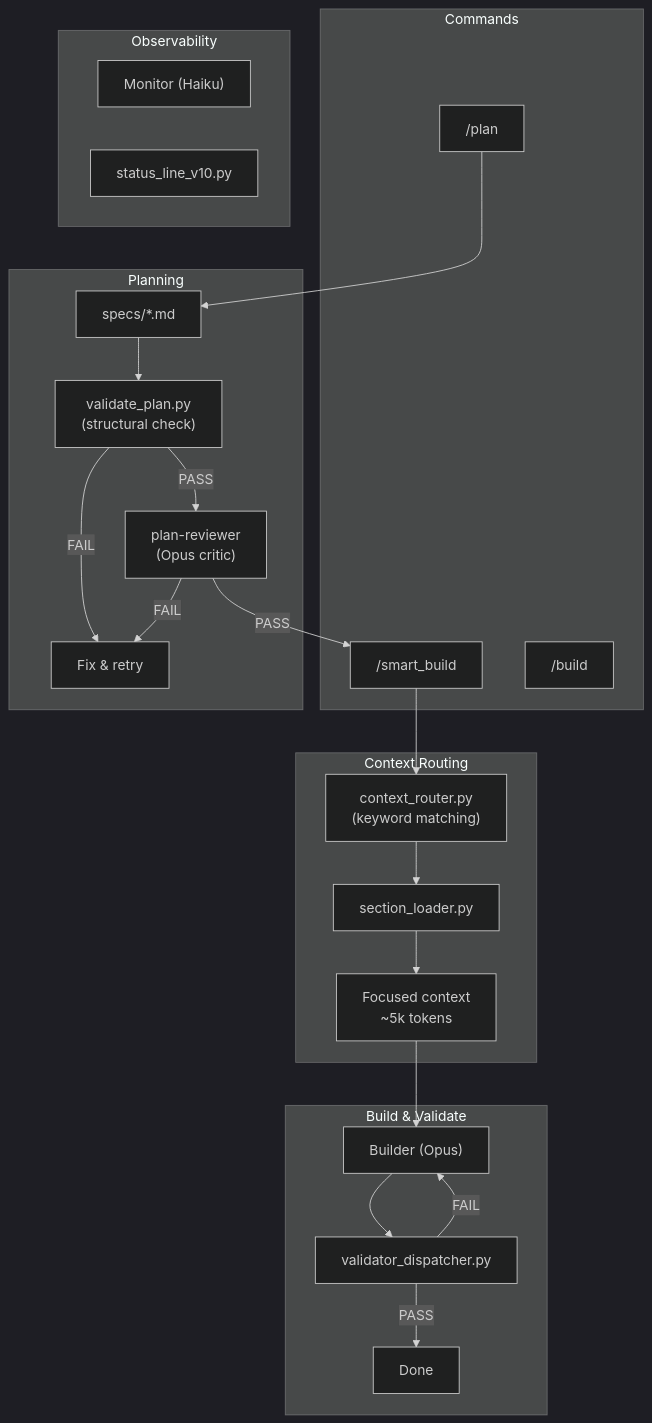
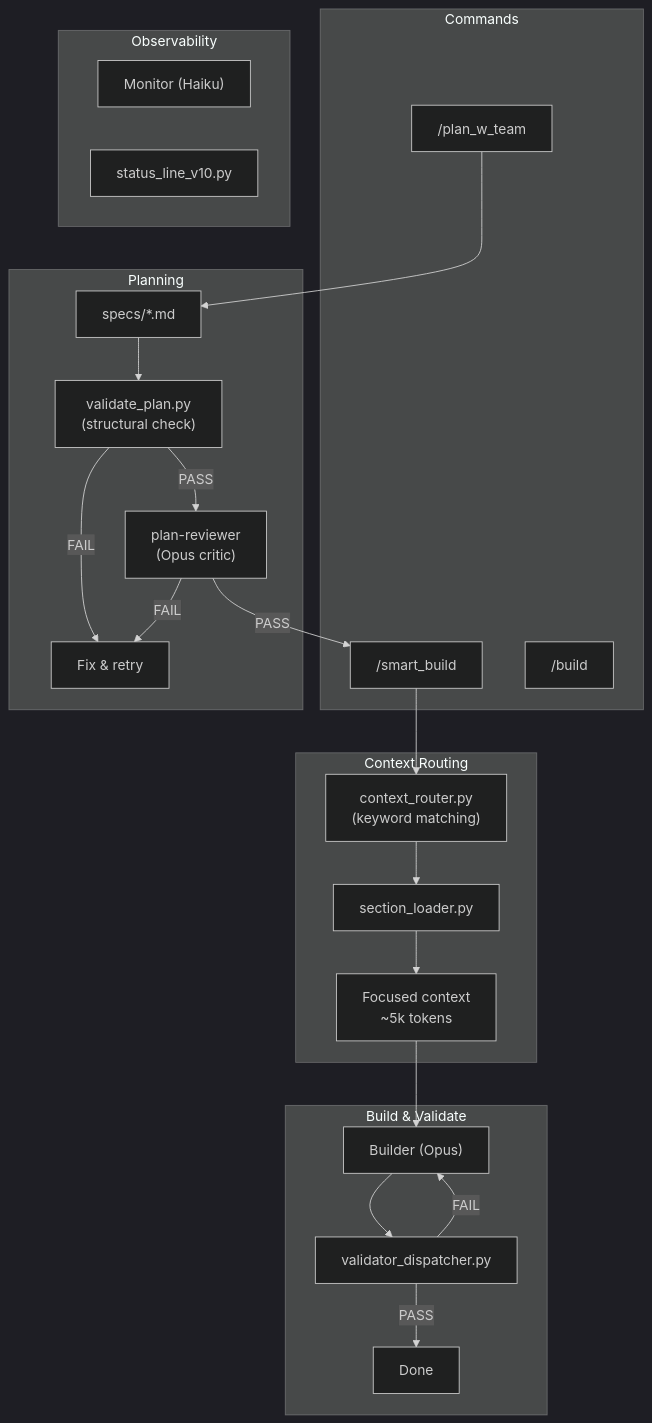
One commit to a-simeshin/claude-code-hooks-mastery changed the first of 2 diagrams in README.md. Above: the diagram before and after it, drawn with Mermaid (dark theme).

Commit message:
fix: Correct /plan to /plan_w_team in architecture diagram

````diff
--- a/README.md
+++ b/README.md
@@ -22,35 +22,35 @@
 ```mermaid
 flowchart TB
     subgraph Commands
-        plan["/plan"]
+        plan["/plan_w_team"]
         smart["/smart_build"]
         build["/build"]
     end
 
     subgraph Planning
         plan --> spec["specs/*.md"]
         spec --> vp["validate_plan.py<br/>(structural check)"]
         vp -->|PASS| pr["plan-reviewer<br/>(Opus critic)"]
         pr -->|PASS| smart
         vp -->|FAIL| fix["Fix & retry"]
         pr -->|FAIL| fix
     end
 
     subgraph "Context Routing"
         smart --> cr["context_router.py<br/>(keyword matching)"]
         cr --> sl["section_loader.py"]
         sl --> ctx["Focused context<br/>~5k tokens"]
     end
 
     subgraph "Build & Validate"
         ctx --> builder["Builder (Opus)"]
         builder --> vd["validator_dispatcher.py"]
         vd -->|FAIL| builder
         vd -->|PASS| done["Done"]
     end
 
     subgraph Observability
         monitor["Monitor (Haiku)"]
         status["status_line_v10.py"]
     end
 ```
````
